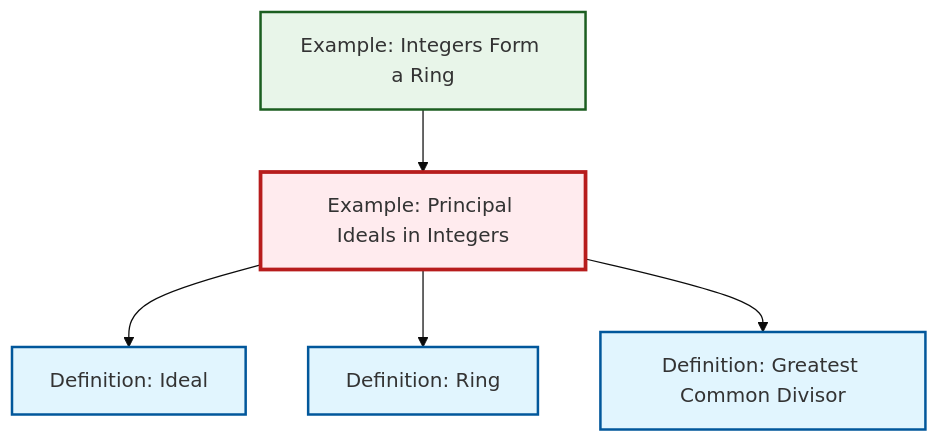
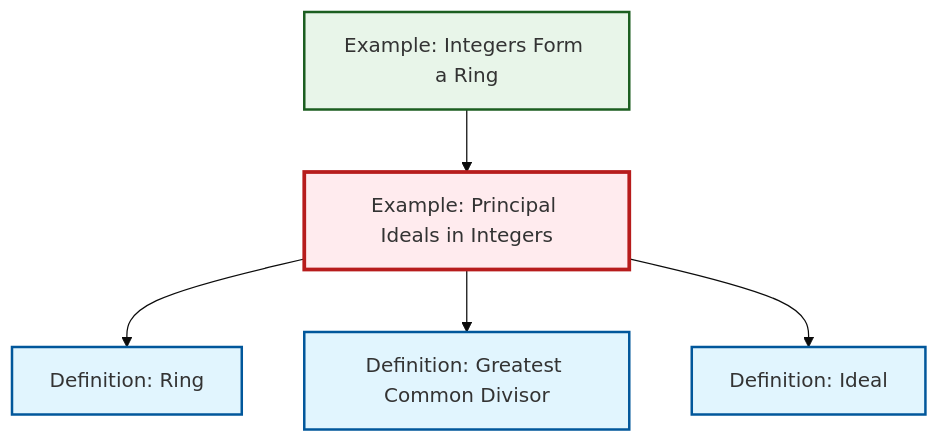
One commit to RK0429/ModernMath changed the diagram in content/en/algebra/ex-principal-ideal.qmd. Above: the diagram before and after it, drawn with Mermaid (base theme). The commit also changed other lines of this file and 417 other files, not shown here.

````diff
--- a/content/en/algebra/ex-principal-ideal.qmd
+++ b/content/en/algebra/ex-principal-ideal.qmd
@@ -63,23 +63,23 @@
 ```{mermaid}
 %%| fig-cap: "Local dependency graph"
 graph TD
     classDef definition fill:#e1f5fe,stroke:#01579b,stroke-width:2px
     classDef theorem fill:#f3e5f5,stroke:#4a148c,stroke-width:2px
     classDef axiom fill:#fff3e0,stroke:#e65100,stroke-width:2px
     classDef example fill:#e8f5e9,stroke:#1b5e20,stroke-width:2px
     classDef current fill:#ffebee,stroke:#b71c1c,stroke-width:3px
+    def-gcd["Definition: Greatest Common Divisor"]:::definition
+    ex-integers-ring["Example: Integers Form a Ring"]:::example
     def-ideal["Definition: Ideal"]:::definition
-    def-gcd["Definition: Greatest Common Divisor"]:::definition
+    ex-principal-ideal["Example: Principal Ideals in Integers"]:::example
     def-ring["Definition: Ring"]:::definition
-    ex-principal-ideal["Example: Principal Ideals in Integers"]:::example
-    ex-integers-ring["Example: Integers Form a Ring"]:::example
-    ex-principal-ideal --> def-ideal
-    ex-integers-ring --> ex-principal-ideal
     ex-principal-ideal --> def-ring
     ex-principal-ideal --> def-gcd
+    ex-integers-ring --> ex-principal-ideal
+    ex-principal-ideal --> def-ideal
     class ex-principal-ideal current
+    click def-gcd "def-gcd.html" "Go to Greatest Common Divisor definition"
+    click ex-integers-ring "ex-integers-ring.html" "Go to Integers Form a Ring example"
     click def-ideal "def-ideal.html" "Go to Ideal definition"
-    click def-gcd "def-gcd.html" "Go to Greatest Common Divisor definition"
     click def-ring "def-ring.html" "Go to Ring definition"
-    click ex-integers-ring "ex-integers-ring.html" "Go to Integers Form a Ring example"
 ```
````
